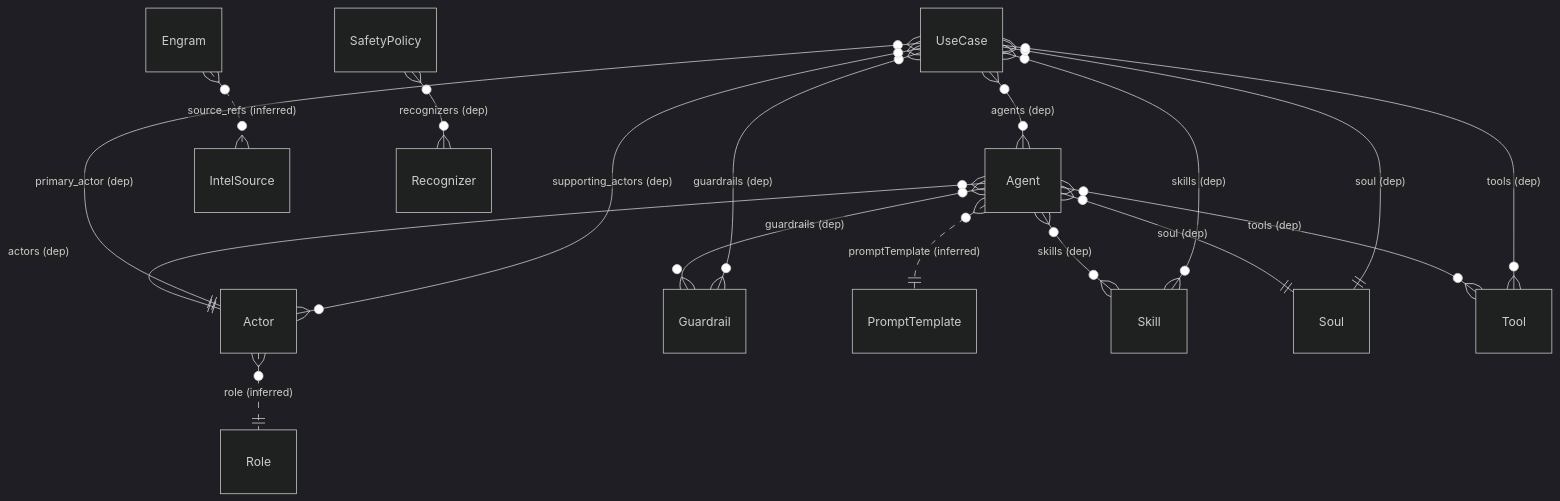
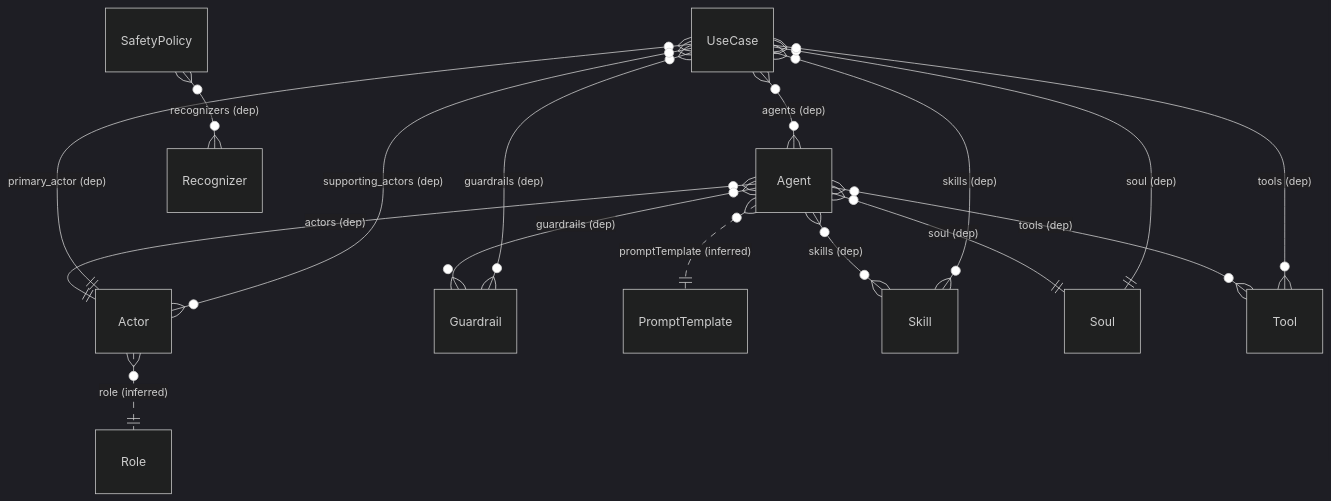
One commit to ruinosus/dna changed the fifth of 12 diagrams in docs/reference/data-model.md. Above: the diagram before and after it, drawn with Mermaid (dark theme). The commit also changed other lines of this file and 1 other file, not shown here.

First line of the commit message:
docs: MER regenerado e a prosa do SourceArtifact

````diff
--- a/docs/reference/data-model.md
+++ b/docs/reference/data-model.md
@@ -176,32 +172,29 @@
 ```mermaid
 erDiagram
     Actor
     Agent
-    Engram
     Guardrail
-    IntelSource
     PromptTemplate
     Recognizer
     Role
     SafetyPolicy
     Skill
     Soul
     Tool
     UseCase
     Actor }o..|| Role : "role (inferred)"
     Agent }o--|| Actor : "actors (dep)"
     Agent }o--}o Guardrail : "guardrails (dep)"
     Agent }o..|| PromptTemplate : "promptTemplate (inferred)"
     Agent }o--}o Skill : "skills (dep)"
     Agent }o--|| Soul : "soul (dep)"
     Agent }o--}o Tool : "tools (dep)"
-    Engram }o..}o IntelSource : "source_refs (inferred)"
     SafetyPolicy }o--}o Recognizer : "recognizers (dep)"
     UseCase }o--}o Agent : "agents (dep)"
     UseCase }o--}o Guardrail : "guardrails (dep)"
     UseCase }o--|| Actor : "primary_actor (dep)"
     UseCase }o--}o Skill : "skills (dep)"
     UseCase }o--|| Soul : "soul (dep)"
     UseCase }o--}o Actor : "supporting_actors (dep)"
     UseCase }o--}o Tool : "tools (dep)"
 ```
````
